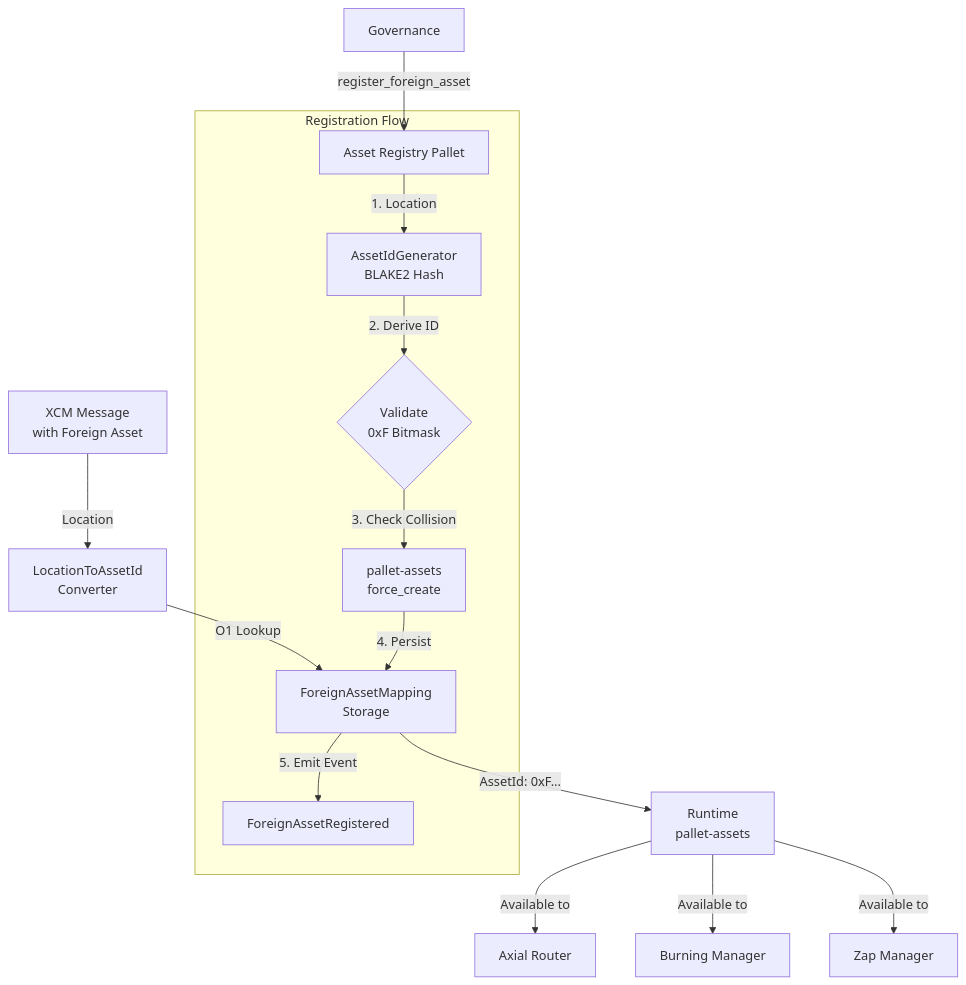
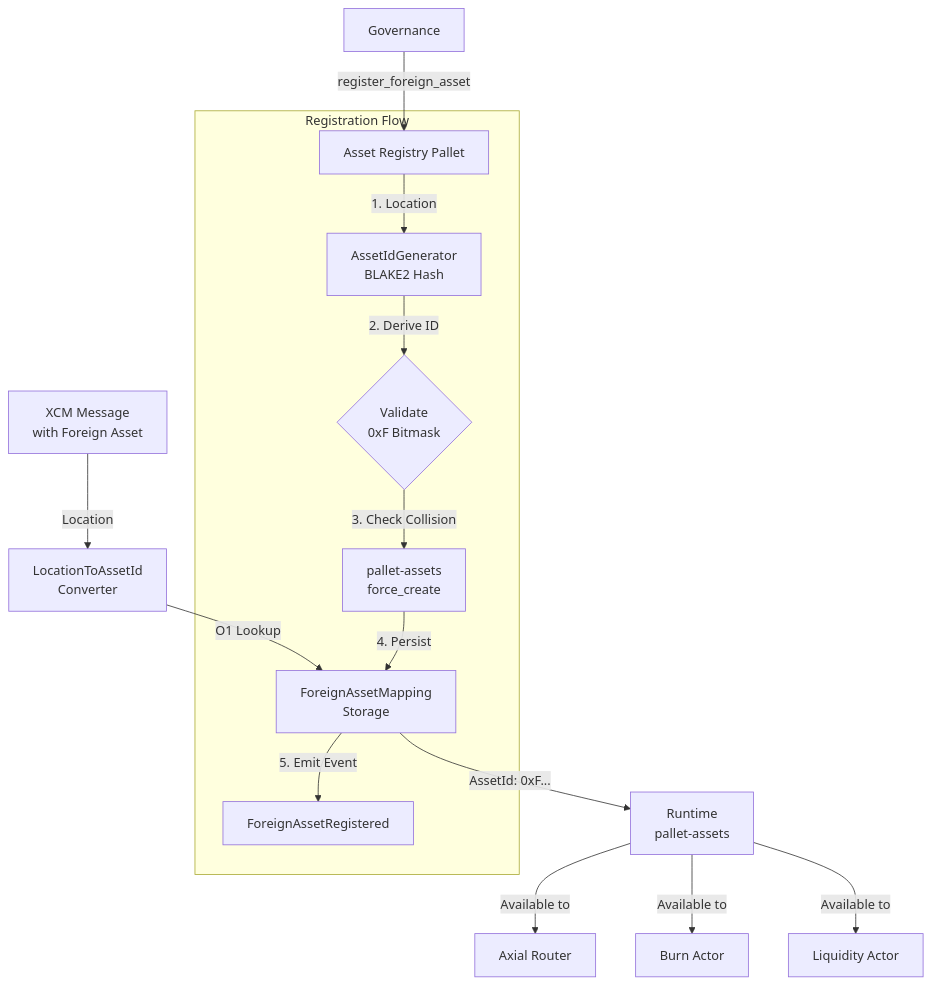
The diagram in docs/asset-registry.architecture.en.md (atmo-network/deos), drawn with Mermaid before and after one commit. The commit also changed other lines of this file and 288 other files, not shown here.

````diff
--- a/docs/asset-registry.architecture.en.md
+++ b/docs/asset-registry.architecture.en.md
@@ -42,21 +42,21 @@
 ```mermaid
 graph TD
     XCM[XCM Message<br/>with Foreign Asset] -->|Location| Converter[LocationToAssetId<br/>Converter]
 
     Converter -->|O1 Lookup| Storage[ForeignAssetMapping<br/>Storage]
     Storage -->|AssetId: 0xF...| Runtime[Runtime<br/>pallet-assets]
 
     Gov[Governance] -->|register_foreign_asset| Registry[Asset Registry Pallet]
 
     subgraph "Registration Flow"
         Registry -->|1. Location| Generator[AssetIdGenerator<br/>BLAKE2 Hash]
         Generator -->|2. Derive ID| Validator{Validate<br/>0xF Bitmask}
         Validator -->|3. Check Collision| PAssets[pallet-assets<br/>force_create]
         PAssets -->|4. Persist| Storage
         Storage -->|5. Emit Event| Event[ForeignAssetRegistered]
     end
 
     Runtime -->|Available to| Router[Axial Router]
-    Runtime -->|Available to| BM[Burning Manager]
-    Runtime -->|Available to| ZM[Zap Manager]
+    Runtime -->|Available to| BurnActor[Burn Actor]
+    Runtime -->|Available to| LiquidityActor[Liquidity Actor]
 ```
````
